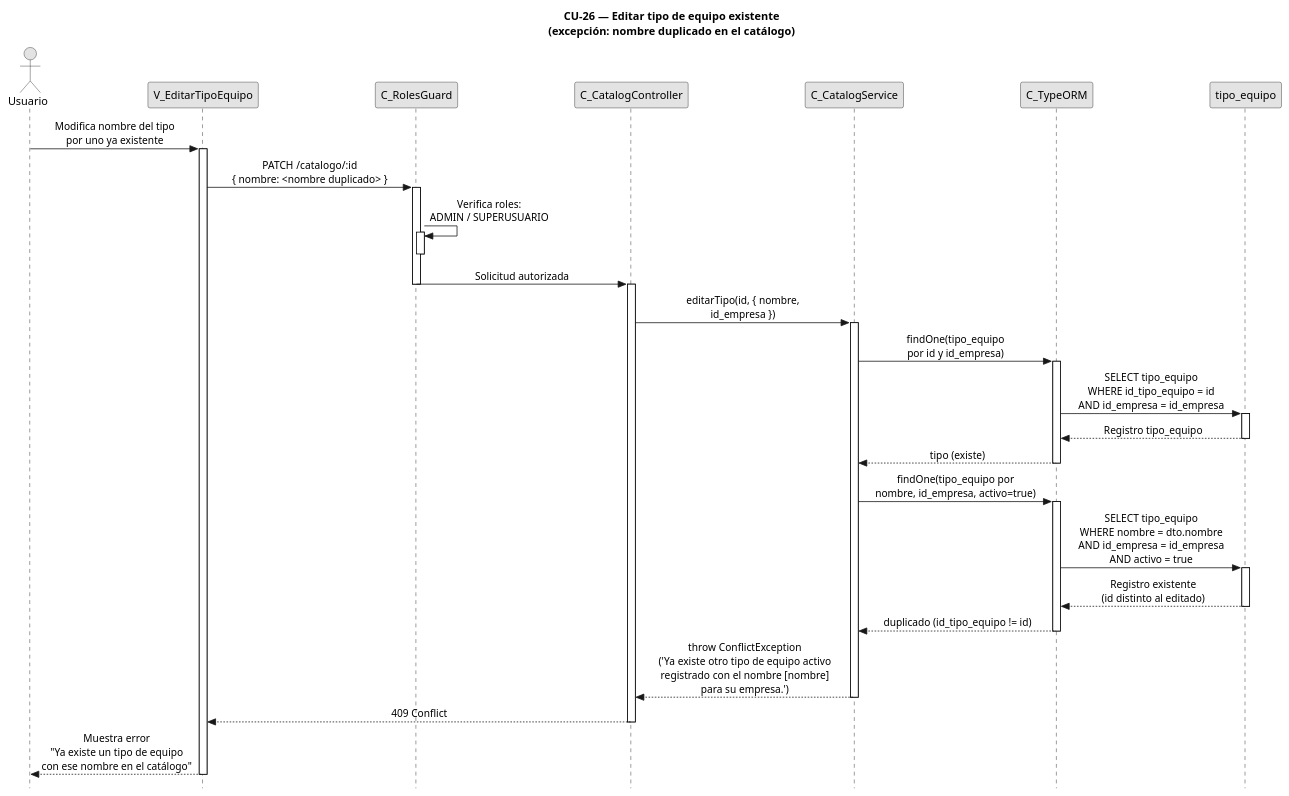
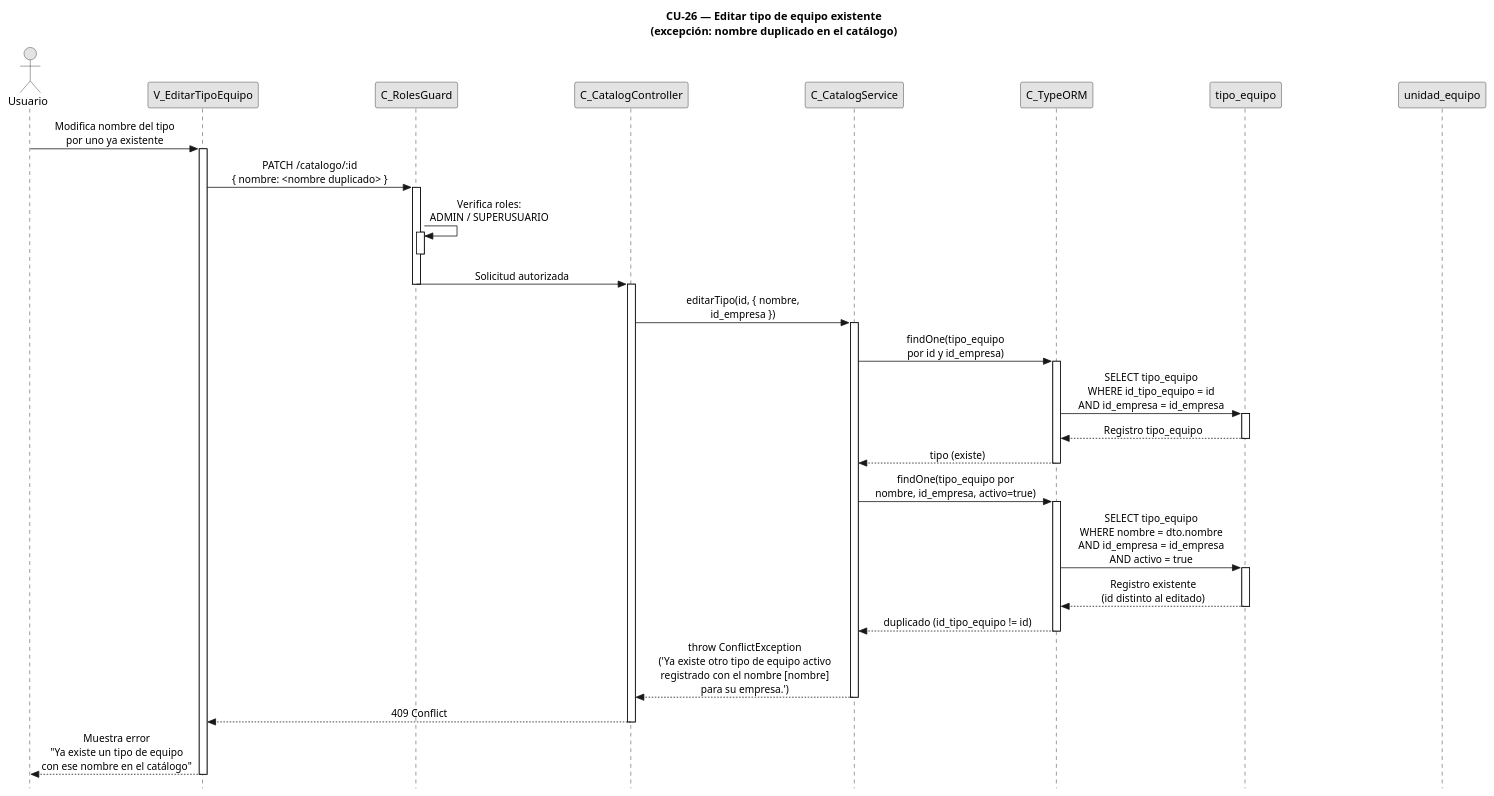
The diagram in diagramas-secuencia/CU26/CU26-exc-nombre-duplicado.puml (FSM-Finet-y-Cable-Magico/Team_1-Inventario-y-Bodega), drawn with PlantUML before and after one commit. The commit also changed 83 other files, not shown here.

Commit message:
fix diagramas segun criterio profesor

```diff
--- a/diagramas-secuencia/CU26/CU26-exc-nombre-duplicado.puml
+++ b/diagramas-secuencia/CU26/CU26-exc-nombre-duplicado.puml
@@ -1,72 +1,73 @@
 @startuml CU26-exc-nombre-duplicado
 title CU-26 — Editar tipo de equipo existente\n(excepción: nombre duplicado en el catálogo)
 
 skinparam style strictuml
 skinparam monochrome true
 skinparam shadowing false
 skinparam sequenceMessageAlign center
 skinparam ParticipantPadding 70
 skinparam ActorPadding 30
 skinparam sequence {
   MessageAlign center
   LifeLineBorderColor black
 }
 hide footbox
 
 actor "Usuario" as user
 participant "V_EditarTipoEquipo" as view
 participant "C_RolesGuard" as guard
 participant "C_CatalogController" as ctrl
 participant "C_CatalogService" as svc
 participant "C_TypeORM" as orm
 participant "tipo_equipo" as tent
+participant "unidad_equipo" as uent
 
 user -> view : Modifica nombre del tipo\npor uno ya existente
 activate view
 
 view -> guard : PATCH /catalogo/:id\n{ nombre: <nombre duplicado> }
 activate guard
 
 guard -> guard : Verifica roles:\nADMIN / SUPERUSUARIO
 activate guard
 deactivate guard
 
 guard -> ctrl : Solicitud autorizada
 deactivate guard
 activate ctrl
 
 ctrl -> svc : editarTipo(id, { nombre,\nid_empresa })
 activate svc
 
 svc -> orm : findOne(tipo_equipo\npor id y id_empresa)
 activate orm
 
 orm -> tent : SELECT tipo_equipo\nWHERE id_tipo_equipo = id\nAND id_empresa = id_empresa
 activate tent
 tent --> orm : Registro tipo_equipo
 deactivate tent
 
 orm --> svc : tipo (existe)
 deactivate orm
 
 svc -> orm : findOne(tipo_equipo por\nnombre, id_empresa, activo=true)
 activate orm
 
 orm -> tent : SELECT tipo_equipo\nWHERE nombre = dto.nombre\nAND id_empresa = id_empresa\nAND activo = true
 activate tent
 tent --> orm : Registro existente\n(id distinto al editado)
 deactivate tent
 
 orm --> svc : duplicado (id_tipo_equipo != id)
 deactivate orm
 
 svc --> ctrl : throw ConflictException\n('Ya existe otro tipo de equipo activo\nregistrado con el nombre [nombre]\npara su empresa.')
 deactivate svc
 
 ctrl --> view : 409 Conflict
 deactivate ctrl
 
 view --> user : Muestra error\n"Ya existe un tipo de equipo\ncon ese nombre en el catálogo"
 deactivate view
 
 @enduml
```
